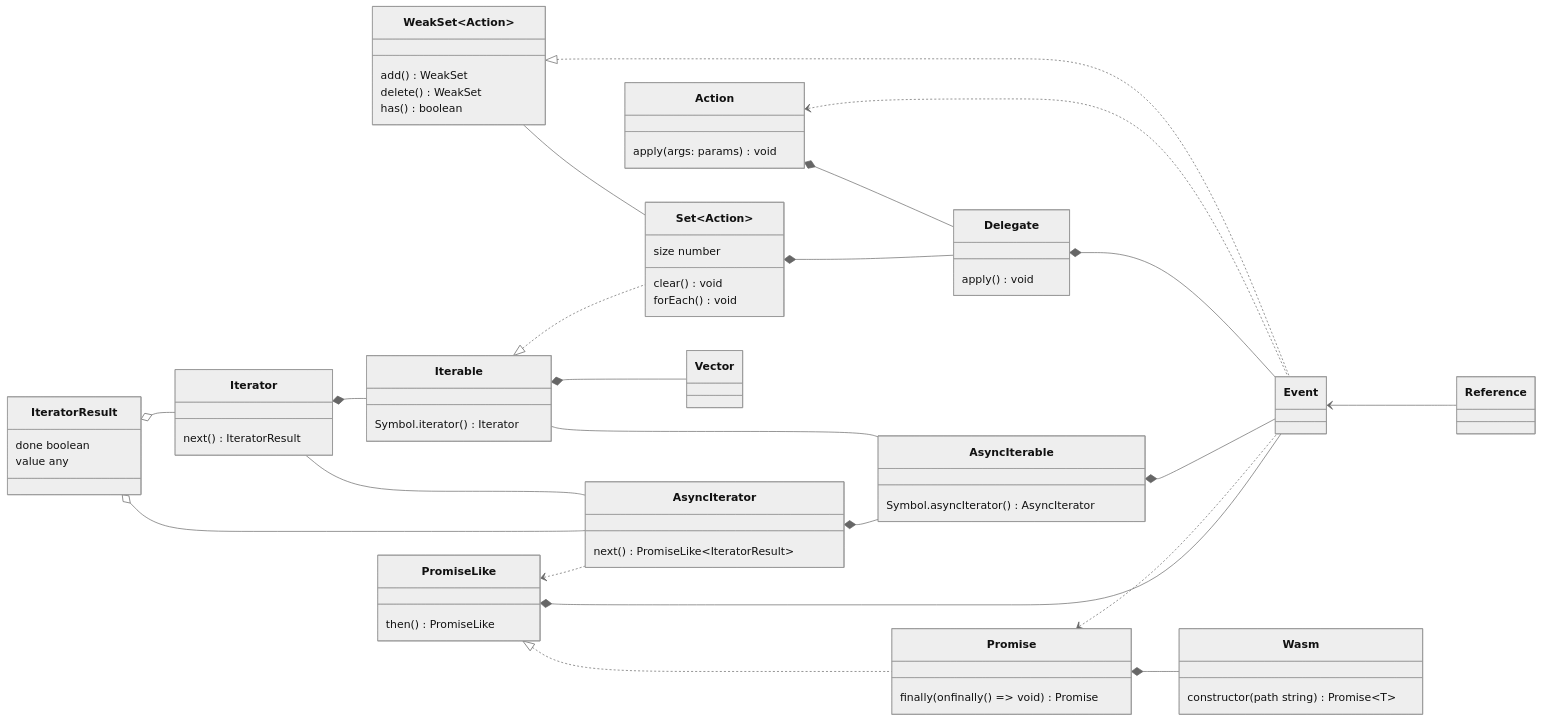
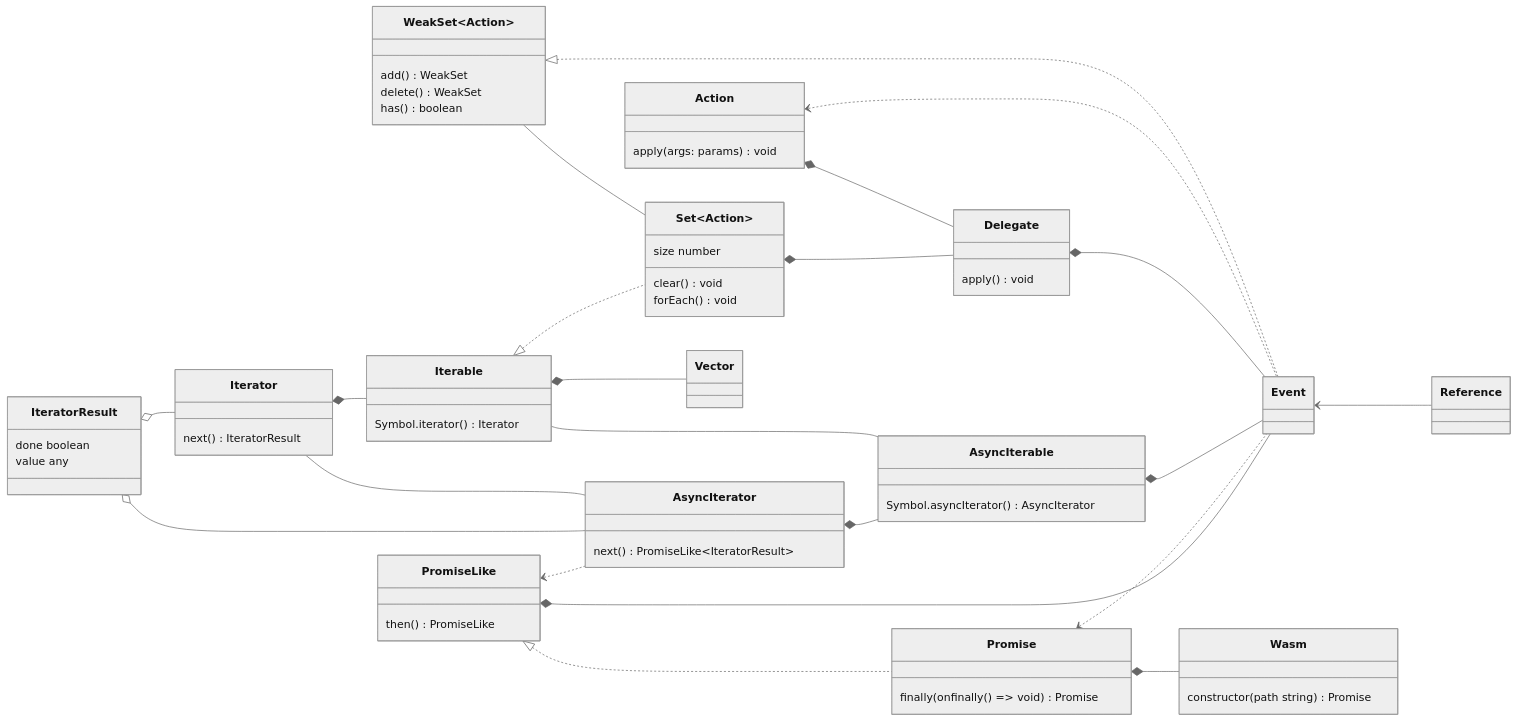
Before and after one commit to domrally/peekeasy: the sixth of 6 diagrams in README.md, drawn with Mermaid (neutral theme).

````diff
--- a/README.md
+++ b/README.md
@@ -245,75 +245,75 @@
 ```mermaid
 classDiagram
     direction LR
     PromiseLike <|.. Promise
     PromiseLike *-- Event
     Promise *-- Wasm
     Promise <.. Event
     PromiseLike <.. AsyncIterator
     IteratorResult o-- AsyncIterator
     Iterator -- AsyncIterator
     AsyncIterator *-- AsyncIterable
     Iterable -- AsyncIterable
     AsyncIterable *-- Event
     IteratorResult o-- Iterator
     Iterator *-- Iterable
     Iterable <|.. Set~Action~
     Delegate *-- Event
     Action <.. Event
     Set~Action~ *-- Delegate
     Action *-- Delegate
     WeakSet~Action~ -- Set~Action~
     WeakSet~Action~ <|.. Event
     Event <-- Reference
     Iterable *-- Vector
     class IteratorResult {
         done boolean
         value any
     }
     class AsyncIterable {
         Symbol.asyncIterator() AsyncIterator
     }
     class Iterable {
         Symbol.iterator() Iterator
     }
     class Iterator {
         next() IteratorResult
     }
     class AsyncIterator {
         next() PromiseLike~IteratorResult~
     }
     class PromiseLike {
         then() PromiseLike
     }
     class Promise {
         finally(onfinally () => void) Promise
     }
-    class Wasm~T~ {
-        constructor(path string) Promise~T~
+    class Wasm {
+        constructor(path string) Promise
     }
-    link Wasm~T~ "https://github.com/domrally/peekeasy/blob/main/src/wasm.ts" "wasm.ts"
+    link Wasm "https://github.com/domrally/peekeasy/blob/main/src/wasm.ts" "wasm.ts"
     class WeakSet {
         add() WeakSet
         delete() WeakSet
         has() boolean
     }
     class Set {
         size number
         clear() void
         forEach() void
     }
     class Action {
         apply(args: params) void
     }
 	 link Action "https://github.com/domrally/peekeasy/blob/main/src/action.ts" "action.ts"
     class Delegate {
         apply() void
     }
     link Delegate "https://github.com/domrally/peekeasy/blob/main/src/delegate.ts" "delegate.ts"
     class Event
     link Event "https://github.com/domrally/peekeasy/blob/main/src/event.ts" "event.ts"
     class Vector
     link Vector "https://github.com/domrally/peekeasy/blob/main/src/vector.ts" "vector.ts"
 	 class Reference
 	 link Reference "https://github.com/domrally/peekeasy/blob/main/src/reference.ts" "reference.ts"
 ```
````
